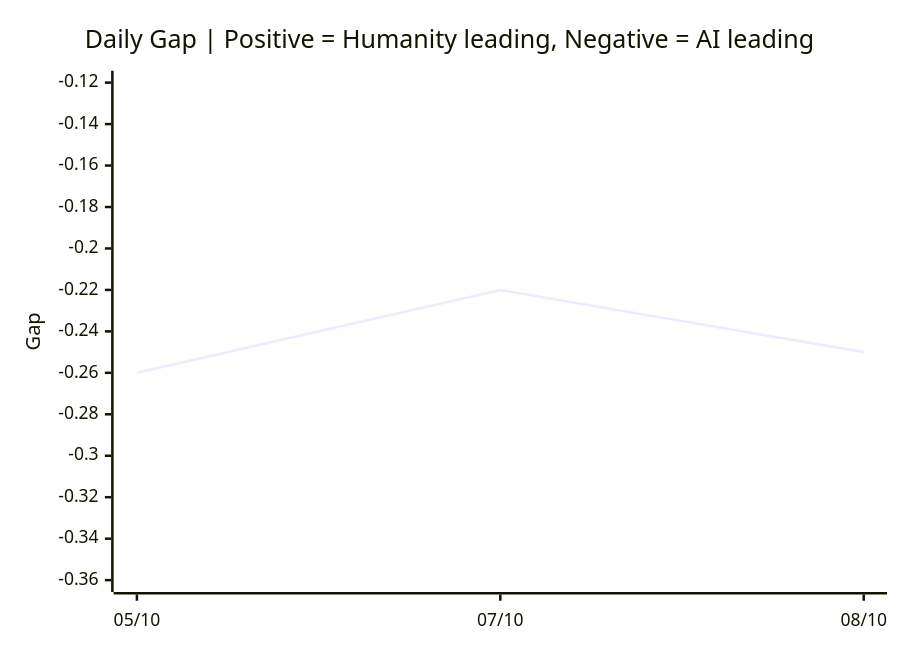
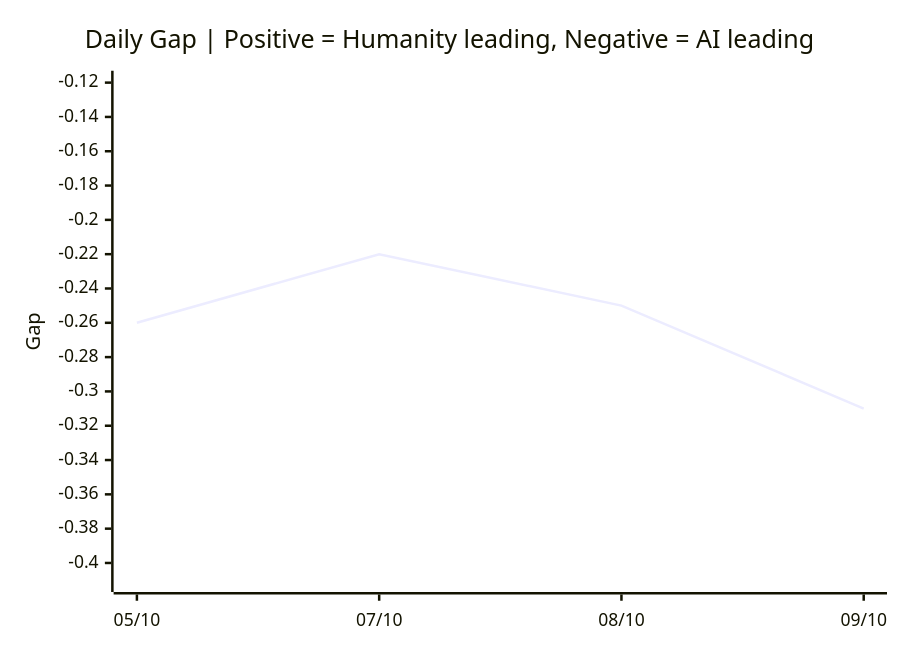
The third of 3 diagrams in README.md (VQQLK/Human-AI-Monitor), drawn with Mermaid before and after one commit. The commit also changed other lines of this file and 3 other files, not shown here.

````diff
--- a/README.md
+++ b/README.md
@@ -53,7 +53,7 @@
 ```mermaid
 xychart-beta
     title "Daily Gap | Positive = Humanity leading, Negative = AI leading"
-    x-axis ["05/10", "07/10", "08/10"]
-    y-axis "Gap" -0.36 --> -0.12
-    line [-0.26, -0.22, -0.25]
+    x-axis ["05/10", "07/10", "08/10", "09/10"]
+    y-axis "Gap" -0.41 --> -0.12
+    line [-0.26, -0.22, -0.25, -0.31]
 ```
````
